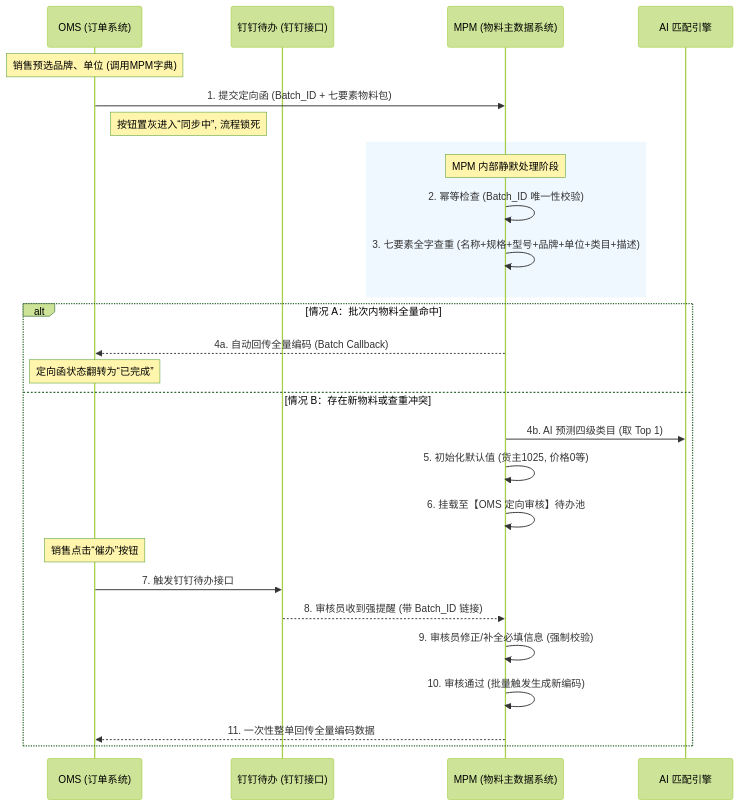
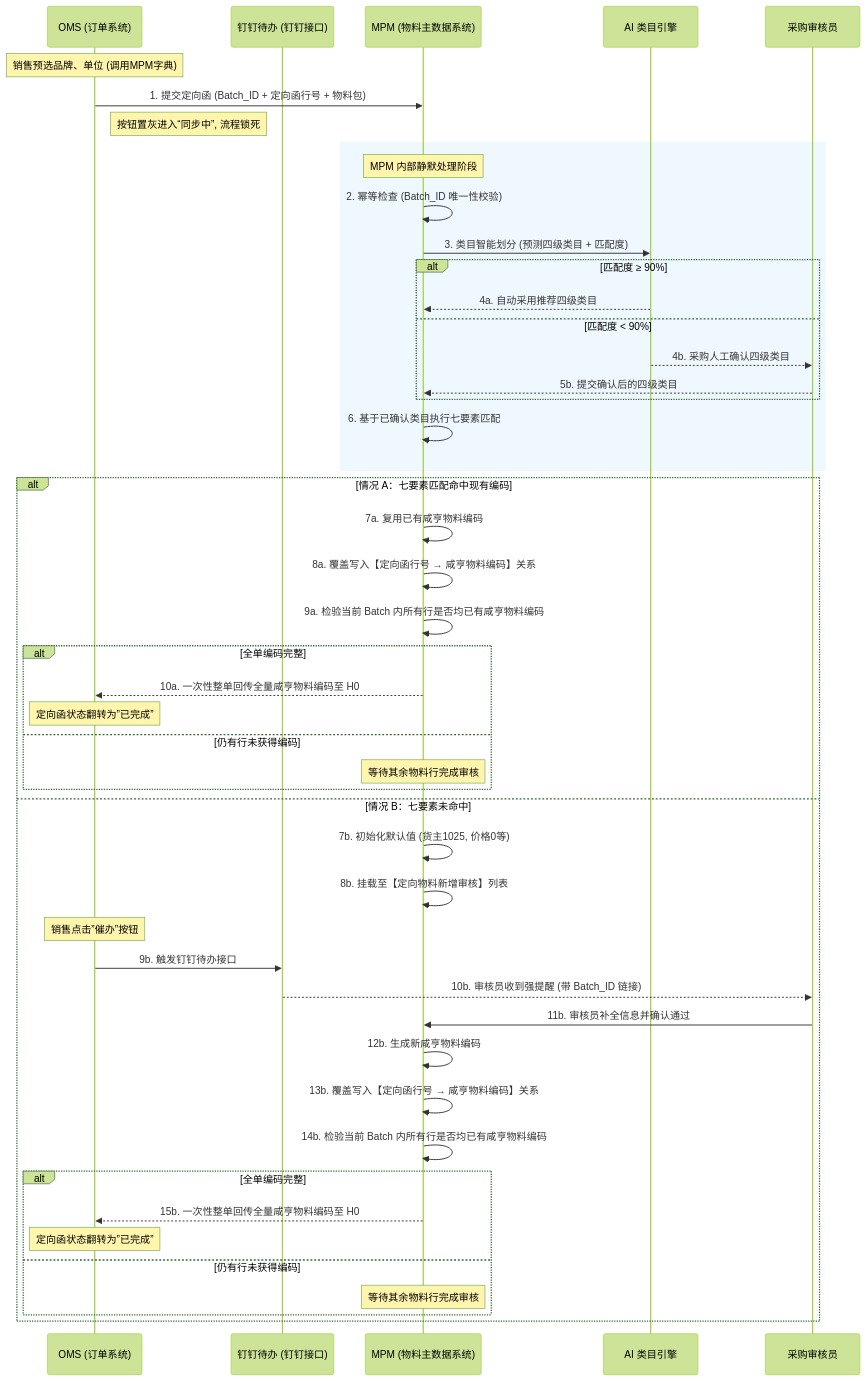
The diagram in OMS-MPM 定向物料生成.md (sulalight235-star/oms-mpm-directional-material-prototype), drawn with Mermaid (forest theme) before and after one commit. The commit also changed other lines of this file and 4 other files, not shown here.

````diff
--- a/OMS-MPM 定向物料生成.md
+++ b/OMS-MPM 定向物料生成.md
@@ -24,34 +24,55 @@
 ```Mermaid
 sequenceDiagram
     participant OMS as OMS (订单系统)
     participant Ding as 钉钉待办 (钉钉接口)
     participant MPM as MPM (物料主数据系统)
-    participant AI as AI 匹配引擎
+    participant AI as AI 类目引擎
+    participant Buyer as 采购审核员
 
     Note over OMS: 销售预选品牌、单位 (调用MPM字典)
-    OMS->>MPM: 1. 提交定向函 (Batch_ID + 七要素物料包)
+    OMS->>MPM: 1. 提交定向函 (Batch_ID + 定向函行号 + 物料包)
     Note right of OMS: 按钮置灰进入“同步中”, 流程锁死
 
     rect rgb(240, 248, 255)
     Note over MPM: MPM 内部静默处理阶段
     MPM->>MPM: 2. 幂等检查 (Batch_ID 唯一性校验)
-    MPM->>MPM: 3. 七要素全字查重 (名称+规格+型号+品牌+单位+类目+描述)
+    MPM->>AI: 3. 类目智能划分 (预测四级类目 + 匹配度)
+    alt 匹配度 ≥ 90%
+        AI-->>MPM: 4a. 自动采用推荐四级类目
+    else 匹配度 < 90%
+        AI-->>Buyer: 4b. 采购人工确认四级类目
+        Buyer-->>MPM: 5b. 提交确认后的四级类目
+    end
+    MPM->>MPM: 6. 基于已确认类目执行七要素匹配
     end
 
-    alt 情况 A：批次内物料全量命中
-        MPM-->>OMS: 4a. 自动回传全量编码 (Batch Callback)
-        Note over OMS: 定向函状态翻转为“已完成”
-    else 情况 B：存在新物料或查重冲突
-        MPM->>AI: 4b. AI 预测四级类目 (取 Top 1)
-        MPM->>MPM: 5. 初始化默认值 (货主1025, 价格0等)
-        MPM->>MPM: 6. 挂载至【OMS 定向审核】待办池
-        
-        Note over OMS: 销售点击“催办”按钮
-        OMS->>Ding: 7. 触发钉钉待办接口
-        Ding-->>MPM: 8. 审核员收到强提醒 (带 Batch_ID 链接)
-        
-        MPM->>MPM: 9. 审核员修正/补全必填信息 (强制校验)
-        MPM->>MPM: 10. 审核通过 (批量触发生成新编码)
-        MPM-->>OMS: 11. 一次性整单回传全量编码数据
+    alt 情况 A：七要素匹配命中现有编码
+        MPM->>MPM: 7a. 复用已有咸亨物料编码
+        MPM->>MPM: 8a. 覆盖写入【定向函行号 → 咸亨物料编码】关系
+        MPM->>MPM: 9a. 检验当前 Batch 内所有行是否均已有咸亨物料编码
+        alt 全单编码完整
+            MPM-->>OMS: 10a. 一次性整单回传全量咸亨物料编码至 H0
+            Note over OMS: 定向函状态翻转为”已完成”
+        else 仍有行未获得编码
+            Note over MPM: 等待其余物料行完成审核
+        end
+    else 情况 B：七要素未命中
+        MPM->>MPM: 7b. 初始化默认值 (货主1025, 价格0等)
+        MPM->>MPM: 8b. 挂载至【定向物料新增审核】列表
+
+        Note over OMS: 销售点击”催办”按钮
+        OMS->>Ding: 9b. 触发钉钉待办接口
+        Ding-->>Buyer: 10b. 审核员收到强提醒 (带 Batch_ID 链接)
+
+        Buyer->>MPM: 11b. 审核员补全信息并确认通过
+        MPM->>MPM: 12b. 生成新咸亨物料编码
+        MPM->>MPM: 13b. 覆盖写入【定向函行号 → 咸亨物料编码】关系
+        MPM->>MPM: 14b. 检验当前 Batch 内所有行是否均已有咸亨物料编码
+        alt 全单编码完整
+            MPM-->>OMS: 15b. 一次性整单回传全量咸亨物料编码至 H0
+            Note over OMS: 定向函状态翻转为”已完成”
+        else 仍有行未获得编码
+            Note over MPM: 等待其余物料行完成审核
+        end
     end
 ```
````
